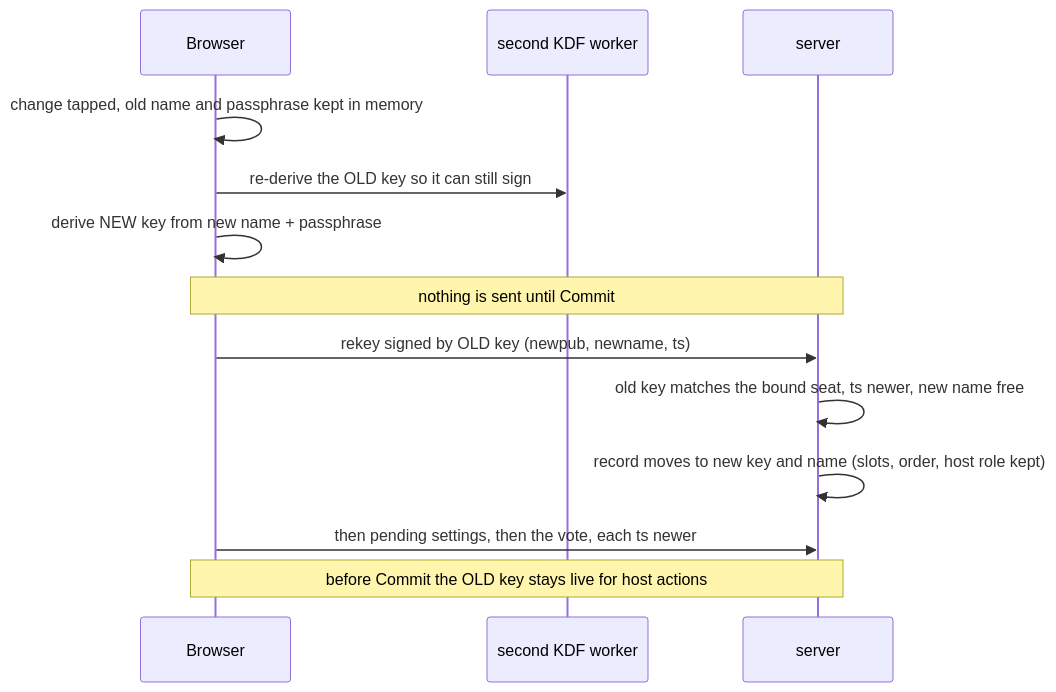
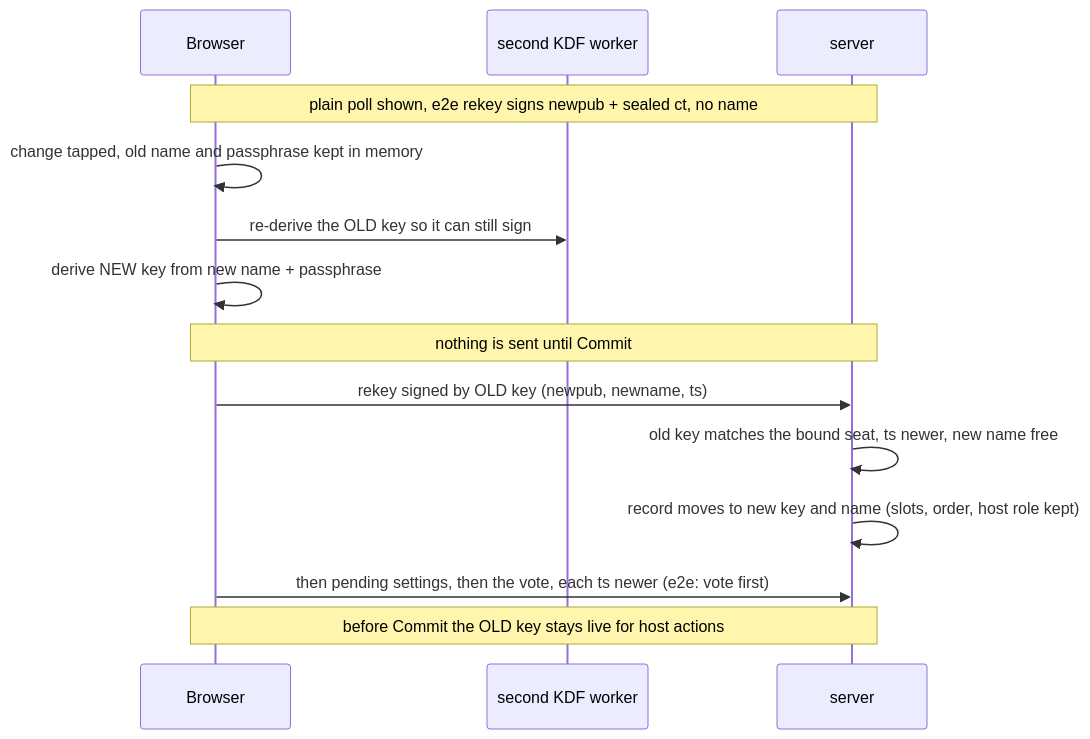
The diagram in docs/arch/rekey.mmd (wai-lau/noodle), drawn with Mermaid before and after one commit. The commit also changed 10 other files, not shown here.

```diff
--- a/docs/arch/rekey.mmd
+++ b/docs/arch/rekey.mmd
@@ -1,13 +1,14 @@
 sequenceDiagram
   participant B as Browser
   participant K as second KDF worker
   participant S as server
+  Note over B,S: plain poll shown, e2e rekey signs newpub + sealed ct, no name
   B->>B: change tapped, old name and passphrase kept in memory
   B->>K: re-derive the OLD key so it can still sign
   B->>B: derive NEW key from new name + passphrase
   Note over B,S: nothing is sent until Commit
   B->>S: rekey signed by OLD key (newpub, newname, ts)
   S->>S: old key matches the bound seat, ts newer, new name free
   S->>S: record moves to new key and name (slots, order, host role kept)
-  B->>S: then pending settings, then the vote, each ts newer
+  B->>S: then pending settings, then the vote, each ts newer (e2e: vote first)
   Note over B,S: before Commit the OLD key stays live for host actions
```
